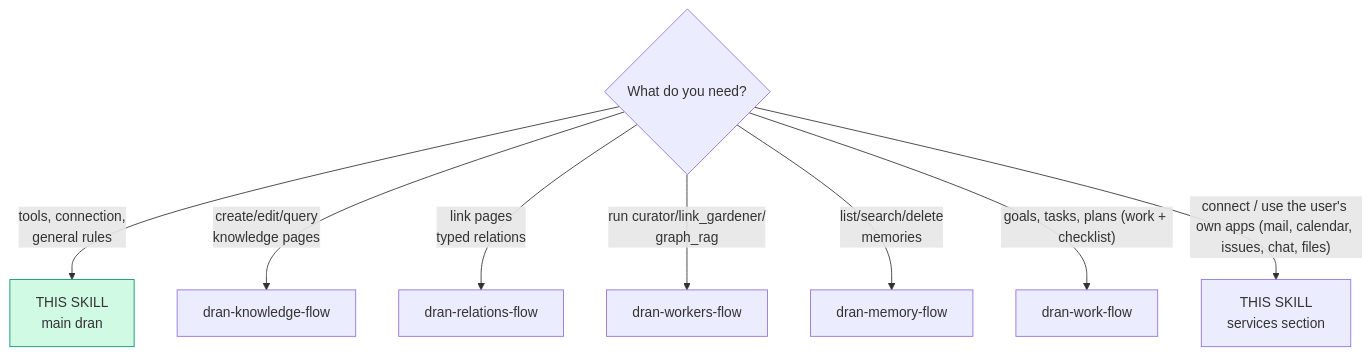
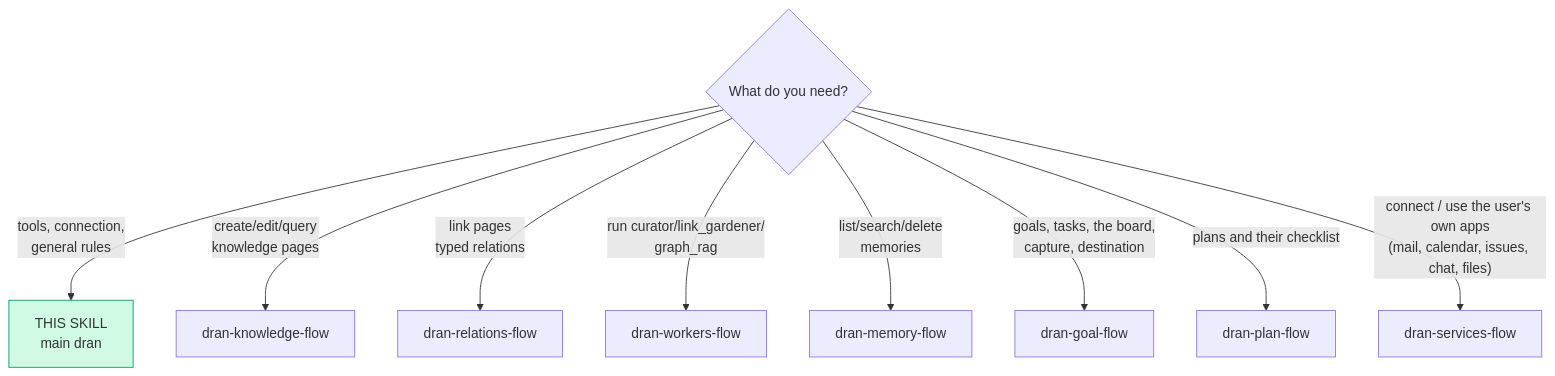
Before and after one commit to alvarolizama/dran: the first of 3 diagrams in skills/dran/SKILL.md, drawn with Mermaid. The commit also changed other lines of this file and 8 other files, not shown here.

First line of the commit message:
docs(skills): auditoría del surface — servicios, goal/plan y el README medido

````diff
--- a/skills/dran/SKILL.md
+++ b/skills/dran/SKILL.md
@@ -29,14 +29,16 @@
 ```mermaid
 flowchart TD
   Q{What do you need?} -->|"tools, connection,\ngeneral rules"| SELF["THIS SKILL\nmain dran"]
   Q -->|"create/edit/query\nknowledge pages"| K[dran-knowledge-flow]
   Q -->|"link pages\ntyped relations"| R[dran-relations-flow]
   Q -->|"run curator/link_gardener/\ngraph_rag"| X[dran-workers-flow]
   Q -->|"list/search/delete\nmemories"| M[dran-memory-flow]
 
-  Q -->|"goals, tasks, plans (work + checklist)"| W[dran-work-flow]
+  Q -->|"goals, tasks, the board,\ncapture, destination"| W[dran-goal-flow]
 
-  Q -->|"connect / use the user's own apps (mail, calendar, issues, chat, files)"| SVC["THIS SKILL\nservices section"]
+  Q -->|"plans and their checklist"| PL[dran-plan-flow]
+
+  Q -->|"connect / use the user's own apps\n(mail, calendar, issues, chat, files)"| SV[dran-services-flow]
 
   style SELF fill:#d1fae5,stroke:#059669
 ```
````
